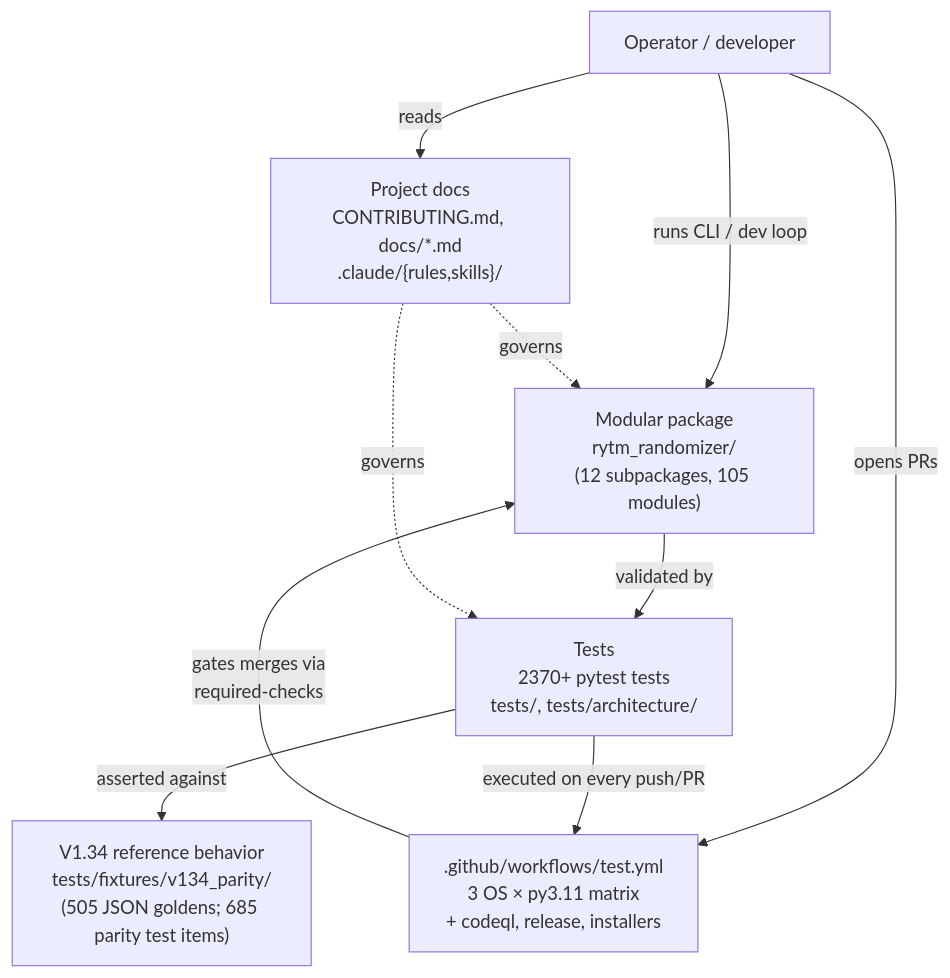
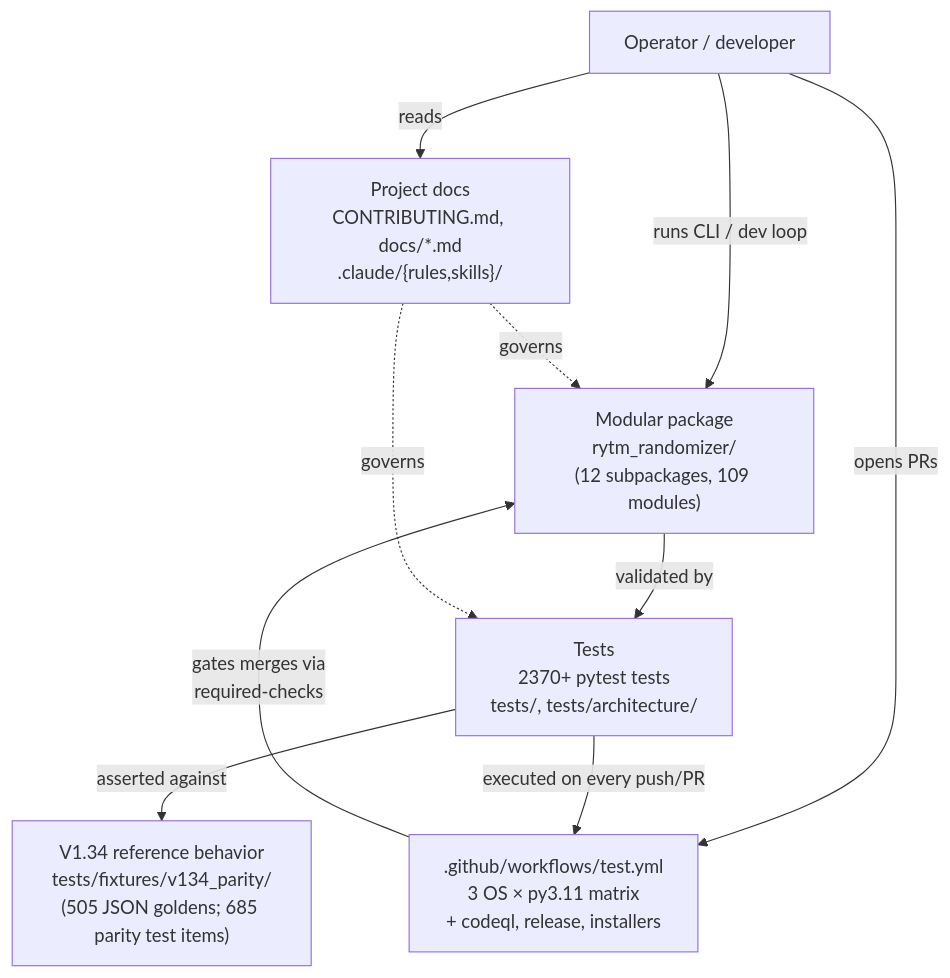
One commit to buzzijose-hub/RytmRandomizer changed the first of 26 diagrams in docs/ARCHITECTURE_DIAGRAMS.md. Above: the diagram before and after it, drawn with Mermaid. The commit also changed other lines of this file and 2 other files, not shown here.

Commit message:
docs: describe Rytm style snapshot routing

````diff
--- a/docs/ARCHITECTURE_DIAGRAMS.md
+++ b/docs/ARCHITECTURE_DIAGRAMS.md
@@ -47,22 +47,22 @@
 ```mermaid
 flowchart TB
     User["Operator / developer"]
     V134["V1.34 reference behavior<br/>tests/fixtures/v134_parity/<br/>(505 JSON goldens; 685 parity test items)"]
-    Package["Modular package<br/>rytm_randomizer/<br/>(12 subpackages, 105 modules)"]
+    Package["Modular package<br/>rytm_randomizer/<br/>(12 subpackages, 109 modules)"]
     Tests["Tests<br/>2370+ pytest tests<br/>tests/, tests/architecture/"]
     CI[".github/workflows/test.yml<br/>3 OS × py3.11 matrix<br/>+ codeql, release, installers"]
     Docs["Project docs<br/>CONTRIBUTING.md, docs/*.md<br/>.claude/{rules,skills}/"]
 
     User -->|"runs CLI / dev loop"| Package
     User -->|"opens PRs"| CI
     User -->|"reads"| Docs
 
     Package -->|"validated by"| Tests
     Tests -->|"asserted against"| V134
     Tests -->|"executed on every push/PR"| CI
 
     CI -->|"gates merges via<br/>required-checks"| Package
 
     Docs -.->|"governs"| Package
     Docs -.->|"governs"| Tests
 ```
````
